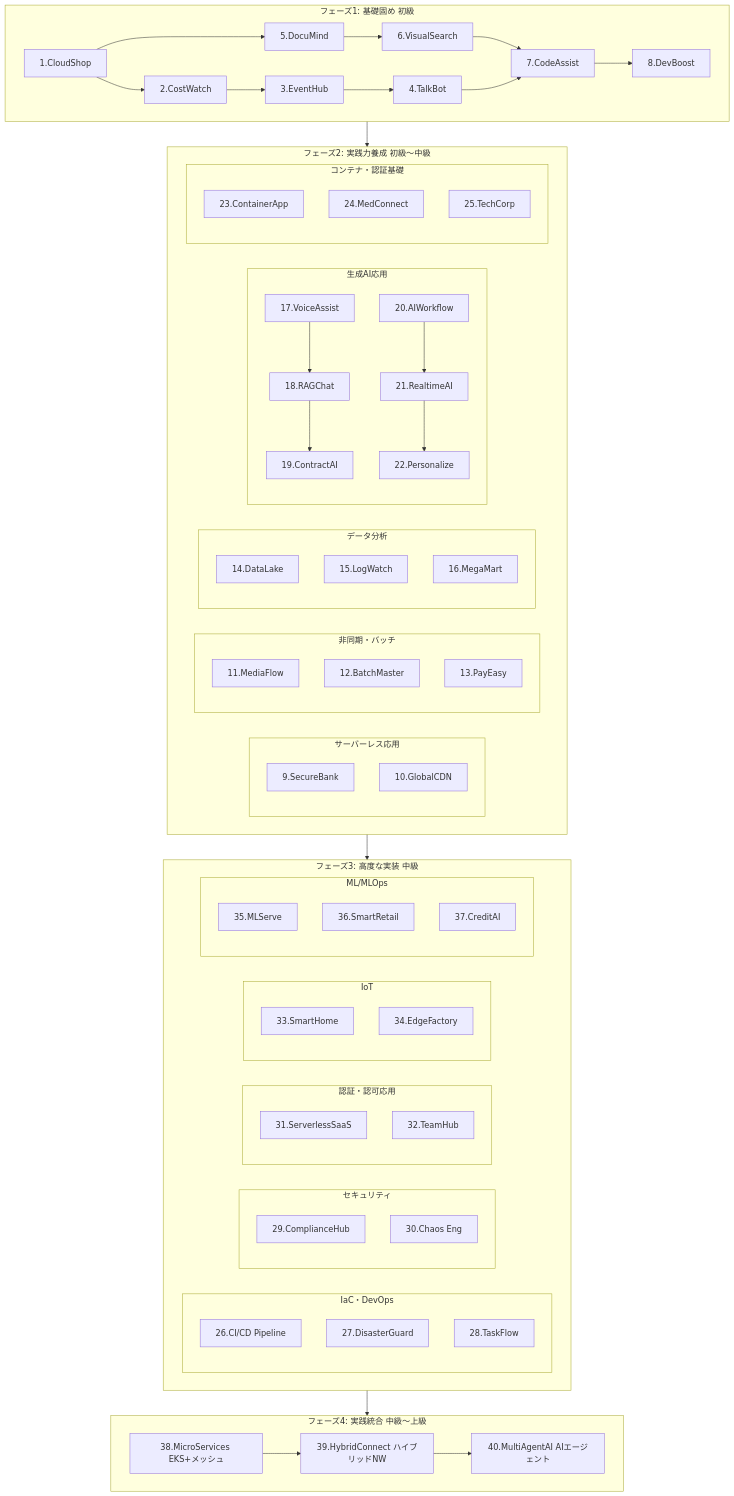
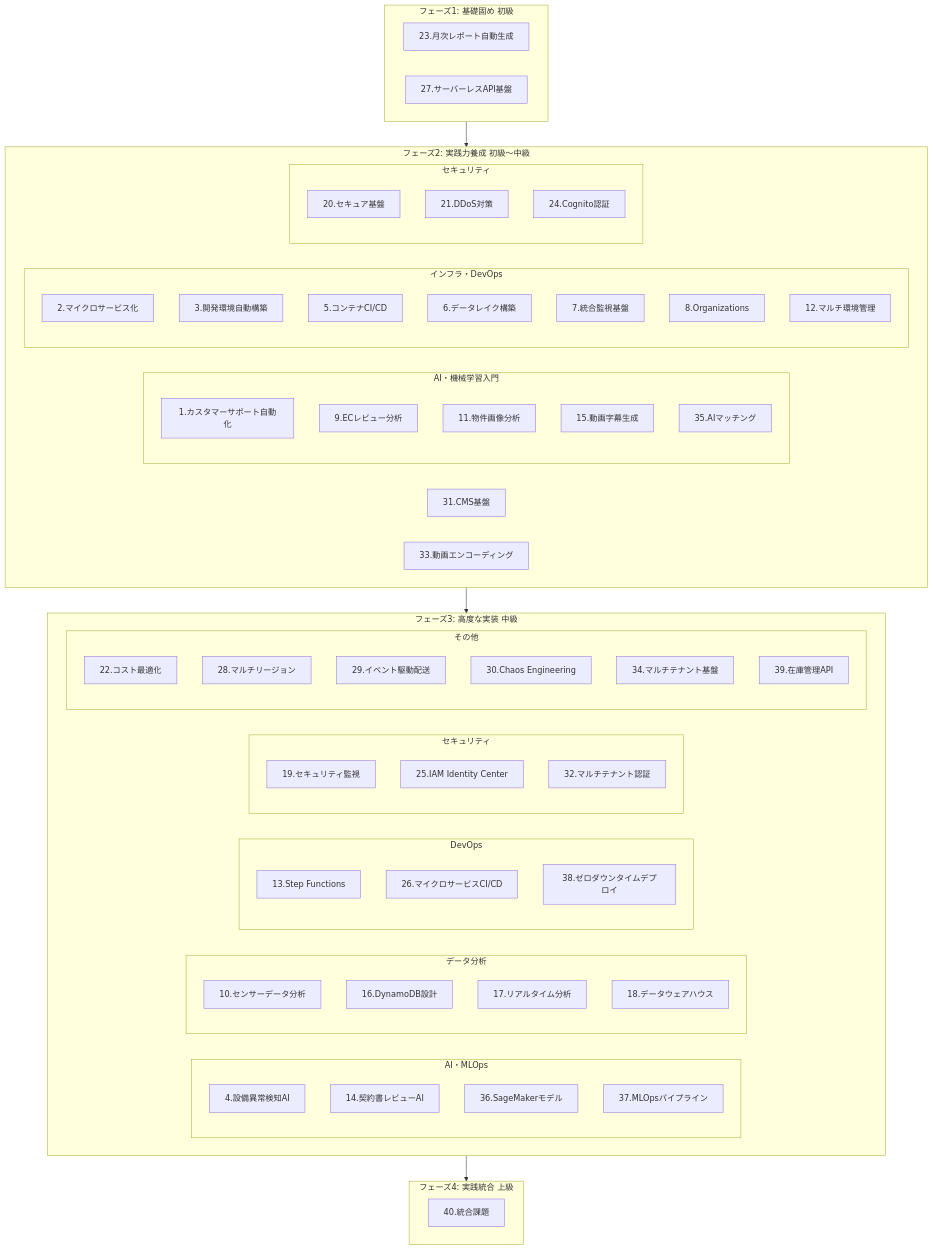
Before and after one commit to yuta-ishii-cm/aws-practice: the diagram in exercises/ROADMAP.md, drawn with Mermaid. The commit also changed other lines of this file and 32 other files, not shown here.

Commit message:
refactor: 演習問題からハンズオン手順を削除しROADMAPを再構成

````diff
--- a/exercises/ROADMAP.md
+++ b/exercises/ROADMAP.md
@@ -139,75 +164,74 @@
 ```mermaid
 flowchart TB
     subgraph phase1[フェーズ1: 基礎固め 初級]
-        p1_1[1.CloudShop] --> p1_2[2.CostWatch]
-        p1_2 --> p1_3[3.EventHub]
-        p1_3 --> p1_4[4.TalkBot]
-        p1_1 --> p1_5[5.DocuMind]
-        p1_5 --> p1_6[6.VisualSearch]
-        p1_6 --> p1_7[7.CodeAssist]
-        p1_4 --> p1_7
-        p1_7 --> p1_8[8.DevBoost]
+        p1_23[23.月次レポート自動生成]
+        p1_27[27.サーバーレスAPI基盤]
     end
 
     subgraph phase2[フェーズ2: 実践力養成 初級〜中級]
-        subgraph p2_serverless[サーバーレス応用]
-            p2_9[9.SecureBank]
-            p2_10[10.GlobalCDN]
+        subgraph p2_ai[AI・機械学習入門]
+            p2_1[1.カスタマーサポート自動化]
+            p2_9[9.ECレビュー分析]
+            p2_11[11.物件画像分析]
+            p2_15[15.動画字幕生成]
+            p2_35[35.AIマッチング]
         end
-        subgraph p2_batch[非同期・バッチ]
-            p2_11[11.MediaFlow]
-            p2_12[12.BatchMaster]
-            p2_13[13.PayEasy]
+        subgraph p2_infra[インフラ・DevOps]
+            p2_2[2.マイクロサービス化]
+            p2_3[3.開発環境自動構築]
+            p2_5[5.コンテナCI/CD]
+            p2_6[6.データレイク構築]
+            p2_7[7.統合監視基盤]
+            p2_8[8.Organizations]
+            p2_12[12.マルチ環境管理]
         end
-        subgraph p2_data[データ分析]
-            p2_14[14.DataLake]
-            p2_15[15.LogWatch]
-            p2_16[16.MegaMart]
+        subgraph p2_security[セキュリティ]
+            p2_20[20.セキュア基盤]
+            p2_21[21.DDoS対策]
+            p2_24[24.Cognito認証]
         end
-        subgraph p2_ai[生成AI応用]
-            p2_17[17.VoiceAssist] --> p2_18[18.RAGChat]
-            p2_18 --> p2_19[19.ContractAI]
-            p2_20[20.AIWorkflow] --> p2_21[21.RealtimeAI]
-            p2_21 --> p2_22[22.Personalize]
+        p2_31[31.CMS基盤]
+        p2_33[33.動画エンコーディング]
+    end
+
+    subgraph phase3[フェーズ3: 高度な実装 中級]
+        subgraph p3_ml[AI・MLOps]
+            p3_4[4.設備異常検知AI]
+            p3_14[14.契約書レビューAI]
+            p3_36[36.SageMakerモデル]
+            p3_37[37.MLOpsパイプライン]
         end
-        subgraph p2_container[コンテナ・認証基礎]
-            p2_23[23.ContainerApp]
-            p2_24[24.MedConnect]
-            p2_25[25.TechCorp]
+        subgraph p3_data[データ分析]
+            p3_10[10.センサーデータ分析]
+            p3_16[16.DynamoDB設計]
+            p3_17[17.リアルタイム分析]
+            p3_18[18.データウェアハウス]
+        end
+        subgraph p3_devops[DevOps]
+            p3_13[13.Step Functions]
+            p3_26[26.マイクロサービスCI/CD]
+            p3_38[38.ゼロダウンタイムデプロイ]
+        end
+        subgraph p3_security[セキュリティ]
+            p3_19[19.セキュリティ監視]
+            p3_25[25.IAM Identity Center]
+            p3_32[32.マルチテナント認証]
+        end
+        subgraph p3_other[その他]
+            p3_22[22.コスト最適化]
+            p3_28[28.マルチリージョン]
+            p3_29[29.イベント駆動配送]
+            p3_30[30.Chaos Engineering]
+            p3_34[34.マルチテナント基盤]
+            p3_39[39.在庫管理API]
         end
     end
 
-    subgraph phase3[フェーズ3: 高度な実装 中級]
-        subgraph p3_devops[IaC・DevOps]
-            p3_26[26.CI/CD Pipeline]
-            p3_27[27.DisasterGuard]
-            p3_28[28.TaskFlow]
-        end
-        subgraph p3_security[セキュリティ]
-            p3_29[29.ComplianceHub]
-            p3_30[30.Chaos Eng]
-        end
-        subgraph p3_auth[認証・認可応用]
-            p3_31[31.ServerlessSaaS]
-            p3_32[32.TeamHub]
-        end
-        subgraph p3_iot[IoT]
-            p3_33[33.SmartHome]
-            p3_34[34.EdgeFactory]
-        end
-        subgraph p3_ml[ML/MLOps]
-            p3_35[35.MLServe]
-            p3_36[36.SmartRetail]
-            p3_37[37.CreditAI]
-        end
-    end
-
-    subgraph phase4[フェーズ4: 実践統合 中級〜上級]
-        p4_38[38.MicroServices EKS+メッシュ] --> p4_39[39.HybridConnect ハイブリッドNW]
-        p4_39 --> p4_40[40.MultiAgentAI AIエージェント]
+    subgraph phase4[フェーズ4: 実践統合 上級]
+        p4_40[40.統合課題]
     end
 
     phase1 --> phase2
     phase2 --> phase3
     phase3 --> phase4
 ```
````
